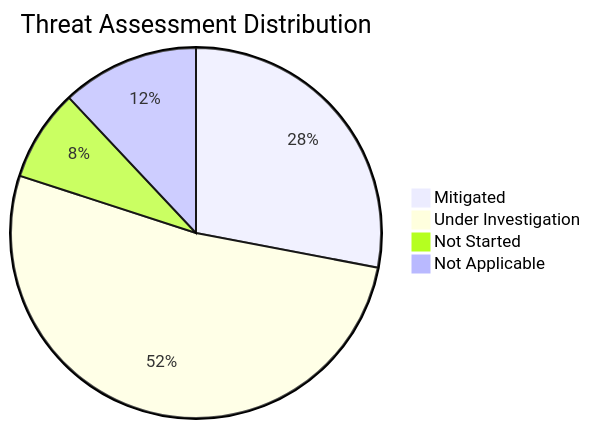
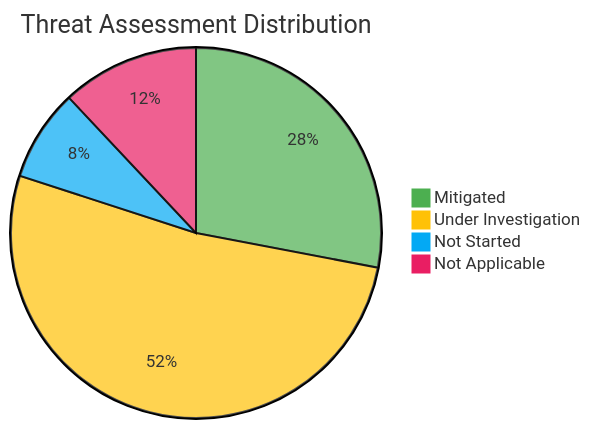
Before and after one commit to gprasanthi9/Debug-Squad-Seafile: the diagram in DFD.md, drawn with Mermaid. The commit also changed other lines of this file, not shown here.

````diff
--- a/DFD.md
+++ b/DFD.md
@@ -62,8 +62,9 @@
 ```mermaid
+%%{init: {'theme': 'base', 'themeVariables': {'background': '#ffffff', 'pie1': '#4CAF50', 'pie2': '#FFC107', 'pie3': '#03A9F4', 'pie4': '#E91E63'}}}%%
 pie
     title Threat Assessment Distribution
     "Mitigated" : 21
     "Under Investigation" : 39
     "Not Started" : 6
     "Not Applicable" : 9
 ```
````
